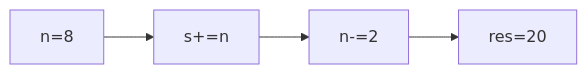
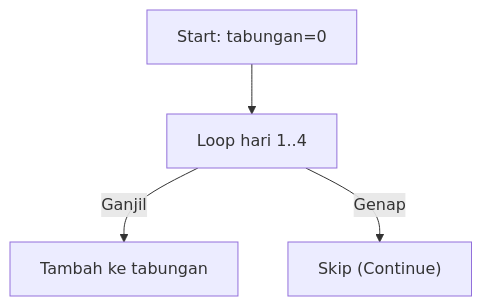
The third of 25 diagrams in part-c-pemahaman-cpp/03-perulangan/latihan/set-07.md (amnahwaida/OSNK_INF_PREP), drawn with Mermaid before and after one commit. The commit also changed other lines of this file and 71 other files, not shown here.

````diff
--- a/part-c-pemahaman-cpp/03-perulangan/latihan/set-07.md
+++ b/part-c-pemahaman-cpp/03-perulangan/latihan/set-07.md
@@ -75,6 +88,6 @@
 ```mermaid
-graph LR
-A["n=8"] --> B["s+=n"]
-B --> C["n-=2"]
-C --> D["res=20"]
+graph TD
+A["Start: tabungan=0"] --> B["Loop hari 1..4"]
+B -- Ganjil --> C["Tambah ke tabungan"]
+B -- Genap --> D["Skip (Continue)"]
 ```
````
